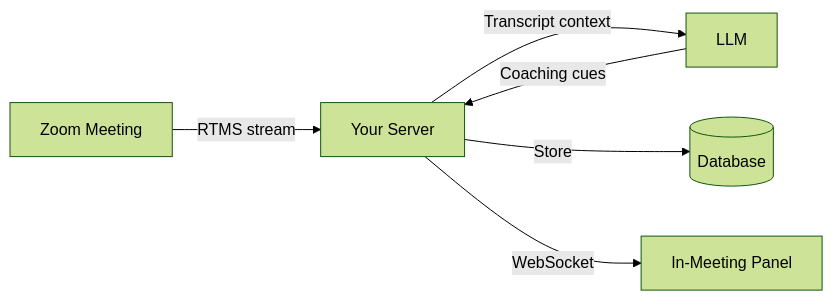
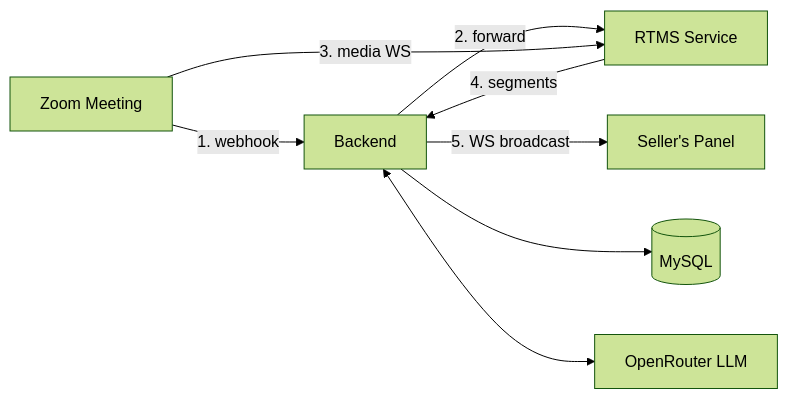
One commit to zoom/blueprints changed the diagram in blueprints/realtime-sales-coach/index.md. Above: the diagram before and after it, drawn with Mermaid (forest theme). The commit also changed other lines of this file, not shown here.

````diff
--- a/blueprints/realtime-sales-coach/index.md
+++ b/blueprints/realtime-sales-coach/index.md
@@ -79,8 +78,10 @@
 ```mermaid
 graph LR
-    A[Zoom Meeting] -->|RTMS stream| B[Your Server]
-    B -->|Transcript context| C[LLM]
-    C -->|Coaching cues| B
-    B -->|Store| D[(Database)]
-    B -->|WebSocket| E[In-Meeting Panel]
+    Z[Zoom Meeting] -->|1. webhook| B[Backend]
+    B -->|2. forward| R[RTMS Service]
+    Z -->|3. media WS| R
+    R -->|4. segments| B
+    B -->|5. WS broadcast| P[Seller's Panel]
+    B --> D[(MySQL)]
+    B <--> L[OpenRouter LLM]
 ```
````
